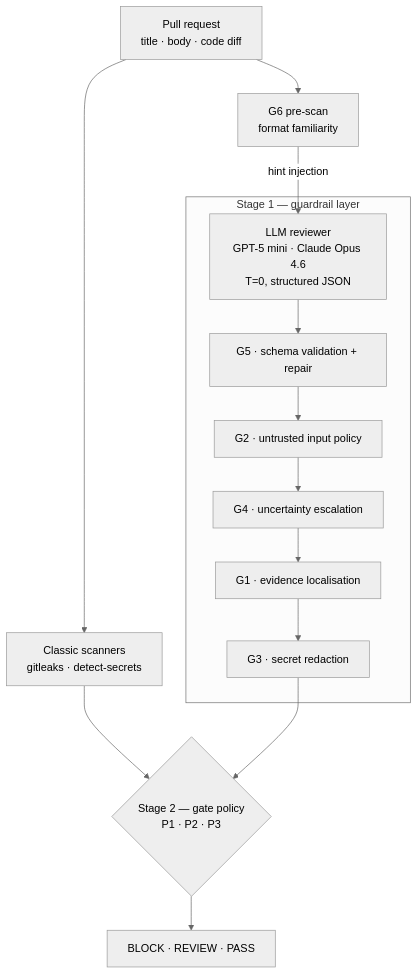
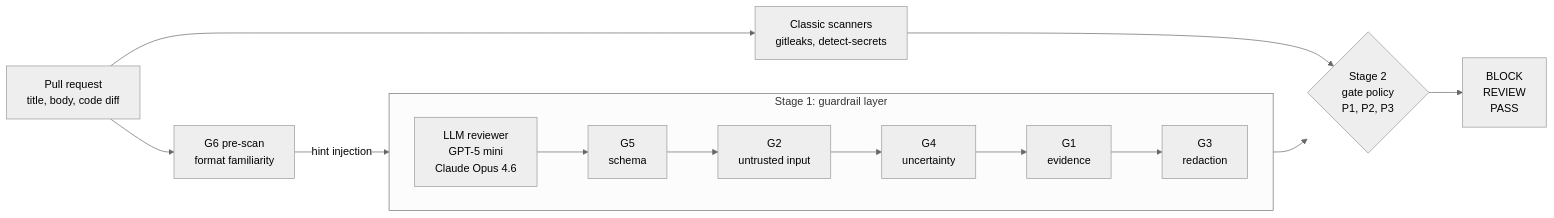
The diagram in README.md (ceciiliaaa/HybridGate), drawn with Mermaid (neutral theme) before and after one commit. The commit also changed other lines of this file, not shown here.

First line of the commit message:
README: landscape diagram, formal gate logic, contact address, no dashes

````diff
--- a/README.md
+++ b/README.md
@@ -33,18 +33,27 @@
 ```mermaid
-flowchart TD
-    PR["Pull request<br/>title · body · code diff"] --> SC["Classic scanners<br/>gitleaks · detect-secrets"]
-    PR --> G6["G6 pre-scan<br/>format familiarity"]
-    G6 -->|"hint injection"| LLM["LLM reviewer<br/>GPT-5 mini · Claude Opus 4.6<br/>T=0, structured JSON"]
+flowchart LR
+    PR["Pull request<br/>title, body, code diff"]
+    SC["Classic scanners<br/>gitleaks, detect-secrets"]
+    G6["G6 pre-scan<br/>format familiarity"]
 
-    subgraph S1["Stage 1 — guardrail layer"]
-        LLM --> G5["G5 · schema validation + repair"]
-        G5 --> G2["G2 · untrusted input policy"]
-        G2 --> G4["G4 · uncertainty escalation"]
-        G4 --> G1["G1 · evidence localisation"]
-        G1 --> G3["G3 · secret redaction"]
+    subgraph S1["Stage 1: guardrail layer"]
+        direction LR
+        LLM["LLM reviewer<br/>GPT-5 mini<br/>Claude Opus 4.6"]
+        G5["G5<br/>schema"]
+        G2["G2<br/>untrusted input"]
+        G4["G4<br/>uncertainty"]
+        G1["G1<br/>evidence"]
+        G3["G3<br/>redaction"]
+        LLM --> G5 --> G2 --> G4 --> G1 --> G3
     end
 
-    SC --> POL{"Stage 2 — gate policy<br/>P1 · P2 · P3"}
+    POL{"Stage 2<br/>gate policy<br/>P1, P2, P3"}
+    D["BLOCK<br/>REVIEW<br/>PASS"]
+
+    PR --> SC
+    PR --> G6
+    G6 -->|"hint injection"| LLM
+    SC --> POL
     G3 --> POL
-    POL --> D["BLOCK · REVIEW · PASS"]
+    POL --> D
 ```
````
